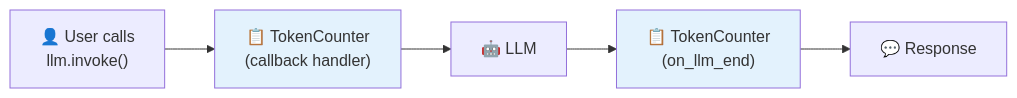
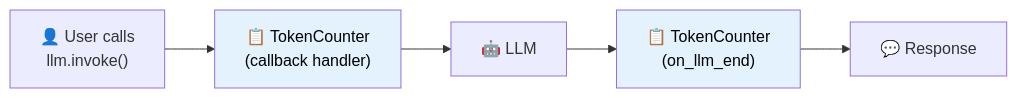
One commit to remolaan/Agentic-AI-Cookbook changed the second of 3 diagrams in 14_callbacks_streaming/README.md. Above: the diagram before and after it, drawn with Mermaid. The commit also changed other lines of this file and 45 other files, not shown here.

Commit message:
Fix Mermaid diagram text colors for readability across all READMEs

````diff
--- a/14_callbacks_streaming/README.md
+++ b/14_callbacks_streaming/README.md
@@ -75,10 +75,10 @@
 ```mermaid
 flowchart LR
     U["👤 User calls<br/>llm.invoke()"] --> CB["📋 TokenCounter<br/>(callback handler)"]
     CB --> L["🤖 LLM"]
     L --> CB2["📋 TokenCounter<br/>(on_llm_end)"]
     CB2 --> R["💬 Response"]
     
-    style CB fill:#e3f2fd
-    style CB2 fill:#e3f2fd
+    style CB fill:#e3f2fd,color:#000000
+    style CB2 fill:#e3f2fd,color:#000000
 ```
````
